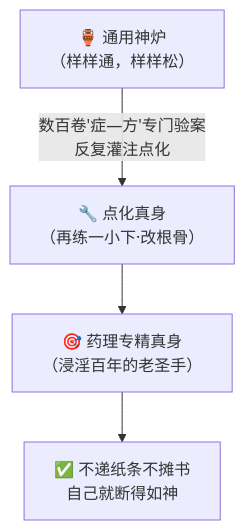
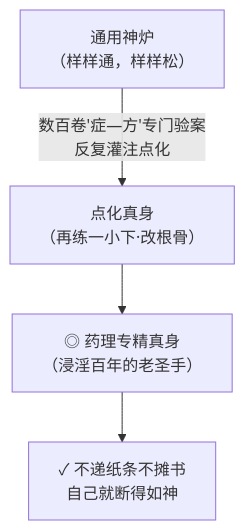
Before and after one commit to luckykhy/KhyAiHub: the third of 4 diagrams in docs/09_STORY_修仙学AI/STORY-番外/[STORY-番外-111] 番外12·点化真身·因材塑形.md, drawn with Mermaid. The commit also changed other lines of this file and 19 other files, not shown here.

````diff
--- a/docs/09_STORY_修仙学AI/STORY-番外/[STORY-番外-111] 番外12·点化真身·因材塑形.md
+++ b/docs/09_STORY_修仙学AI/STORY-番外/[STORY-番外-111] 番外12·点化真身·因材塑形.md
@@ -121,7 +121,7 @@
 ```mermaid
 flowchart TB
-  BASE["🏺 通用神炉<br/>（样样通，样样松）"]
-  BASE -->|"数百卷'症—方'专门验案<br/>反复灌注点化"| DIAN["🔧 点化真身<br/>（再练一小下·改根骨）"]
-  DIAN --> EXPERT["🎯 药理专精真身<br/>（浸淫百年的老圣手）"]
-  EXPERT --> CURE["✅ 不递纸条不摊书<br/>自己就断得如神"]
+  BASE["通用神炉<br/>（样样通，样样松）"]
+  BASE -->|"数百卷'症—方'专门验案<br/>反复灌注点化"| DIAN["点化真身<br/>（再练一小下·改根骨）"]
+  DIAN --> EXPERT["◎ 药理专精真身<br/>（浸淫百年的老圣手）"]
+  EXPERT --> CURE["✓ 不递纸条不摊书<br/>自己就断得如神"]
 ```
````
